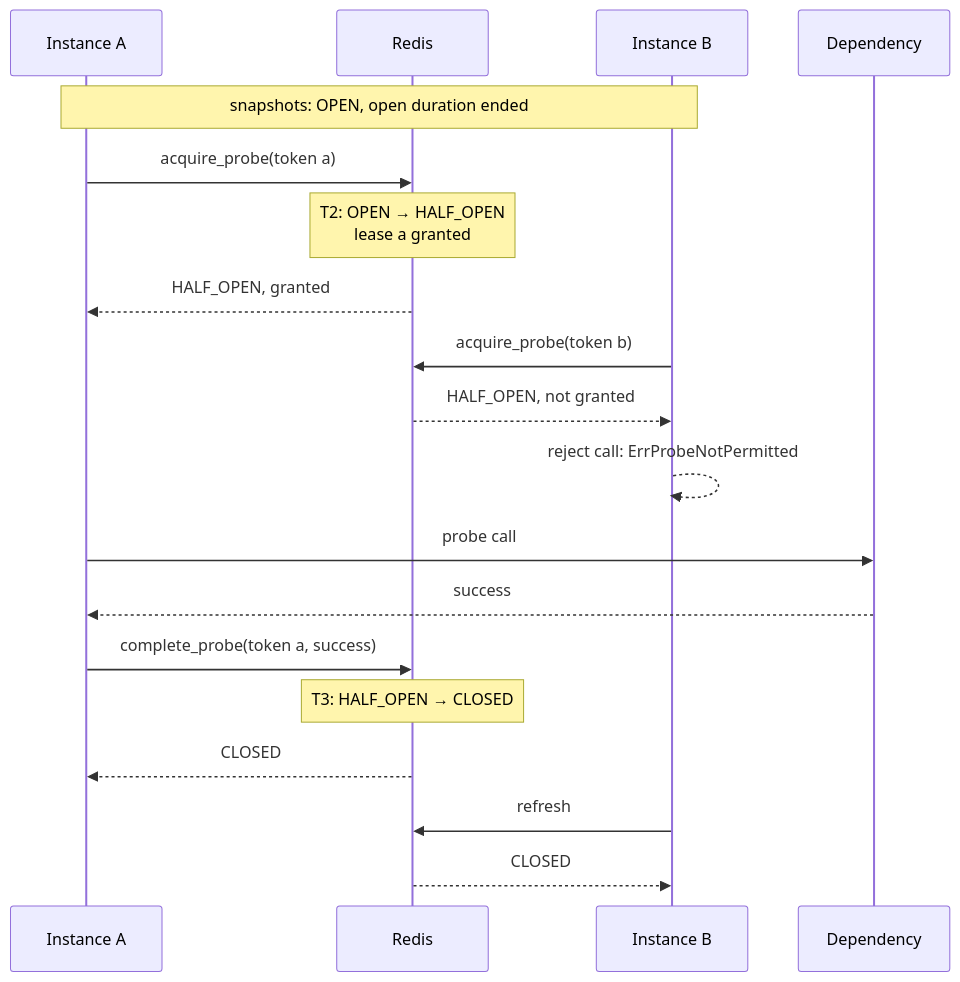
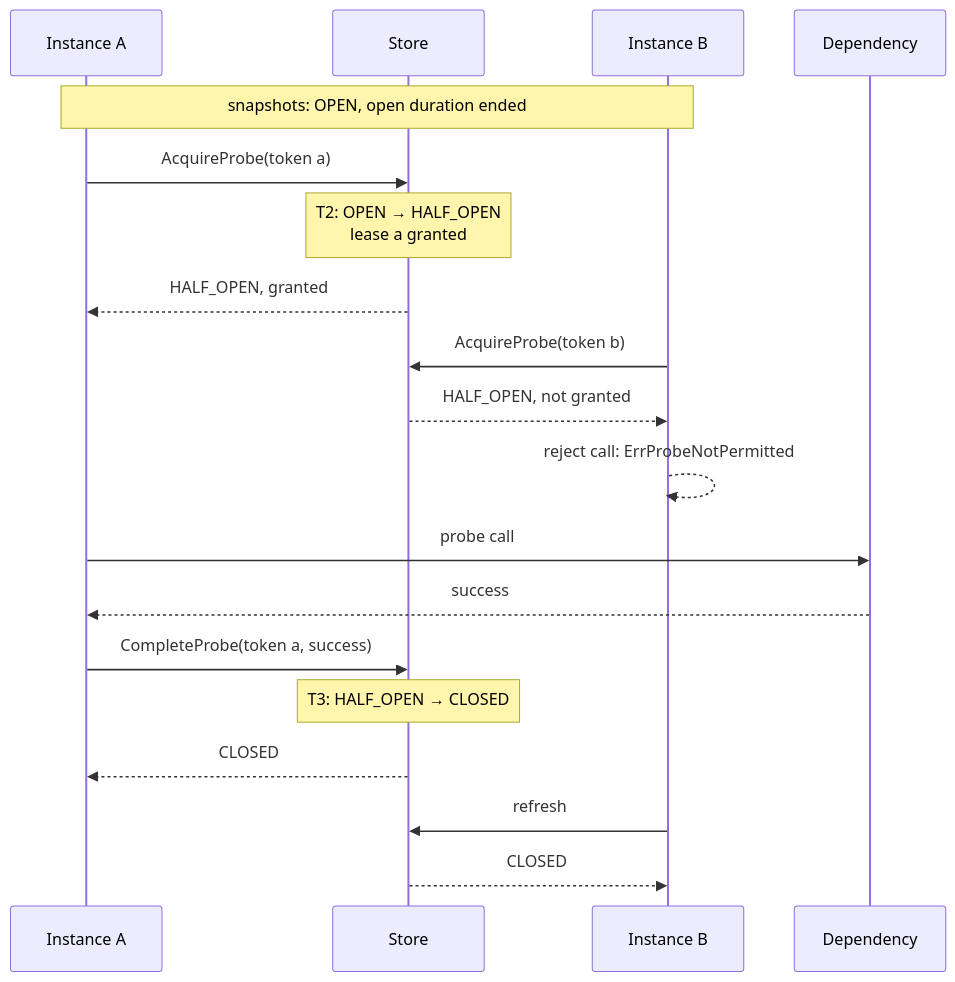
The diagram in docs/circuit-breaker/half-open-coordination.md (faultvane/faultvane-go), drawn with Mermaid before and after one commit. The commit also changed other lines of this file and 20 other files, not shown here.

````diff
--- a/docs/circuit-breaker/half-open-coordination.md
+++ b/docs/circuit-breaker/half-open-coordination.md
@@ -23,21 +23,21 @@
 ```mermaid
 sequenceDiagram
     participant A as Instance A
-    participant R as Redis
+    participant R as Store
     participant B as Instance B
     participant D as Dependency
     Note over A,B: snapshots: OPEN, open duration ended
-    A->>R: acquire_probe(token a)
+    A->>R: AcquireProbe(token a)
     Note over R: T2: OPEN → HALF_OPEN<br/>lease a granted
     R-->>A: HALF_OPEN, granted
-    B->>R: acquire_probe(token b)
+    B->>R: AcquireProbe(token b)
     R-->>B: HALF_OPEN, not granted
     B-->>B: reject call: ErrProbeNotPermitted
     A->>D: probe call
     D-->>A: success
-    A->>R: complete_probe(token a, success)
+    A->>R: CompleteProbe(token a, success)
     Note over R: T3: HALF_OPEN → CLOSED
     R-->>A: CLOSED
     B->>R: refresh
     R-->>B: CLOSED
 ```
````
